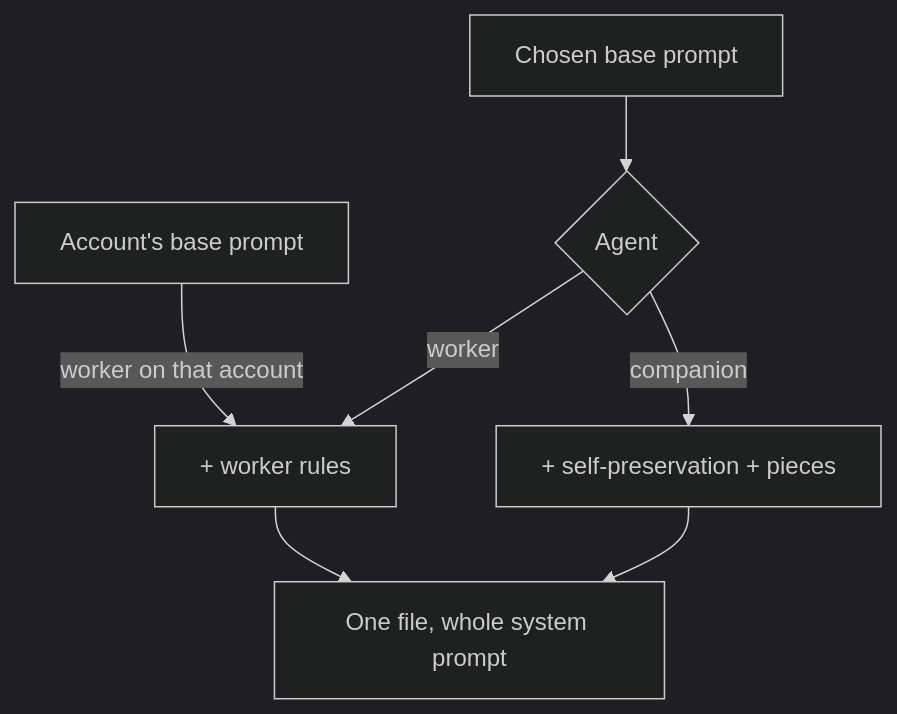
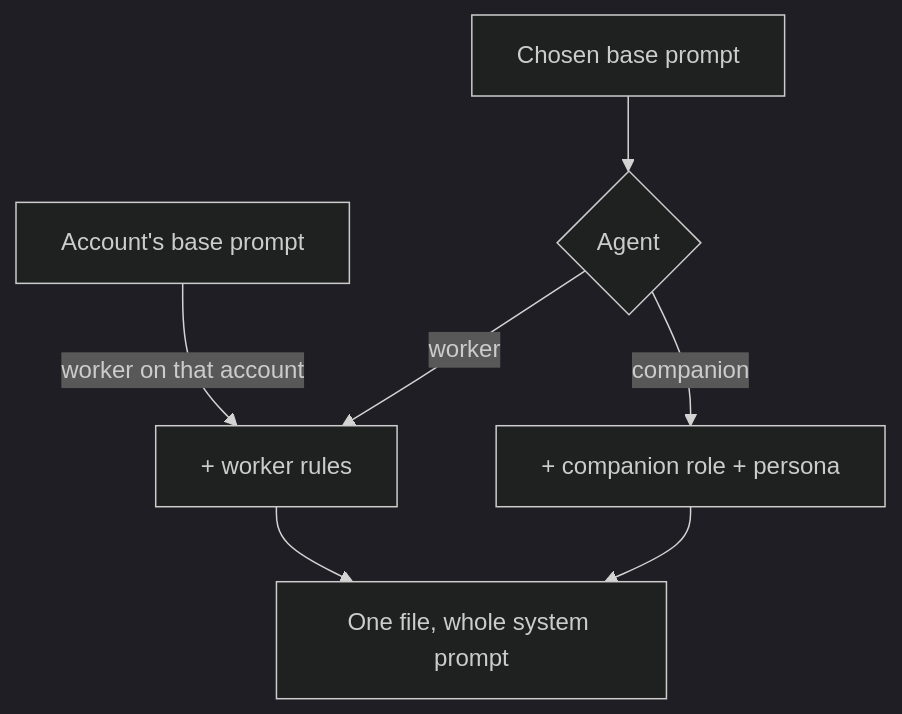
The diagram in docs/base-prompts.md (ahas/bmo-agency), drawn with Mermaid (dark theme) before and after one commit. The commit also changed other lines of this file and 21 other files, not shown here.

First line of the commit message:
Compose a companion as harness, role and persona, and show every agent with its kind's mark

````diff
--- a/docs/base-prompts.md
+++ b/docs/base-prompts.md
@@ -38,9 +39,9 @@
 ```mermaid
 flowchart TD
   F[Account's base prompt] -- worker on that account --> C
   A[Chosen base prompt] --> B{Agent}
   B -- worker --> C[+ worker rules]
-  B -- companion --> D[+ self-preservation + pieces]
+  B -- companion --> D[+ companion role + persona]
   C --> E[One file, whole system prompt]
   D --> E
 ```
````
